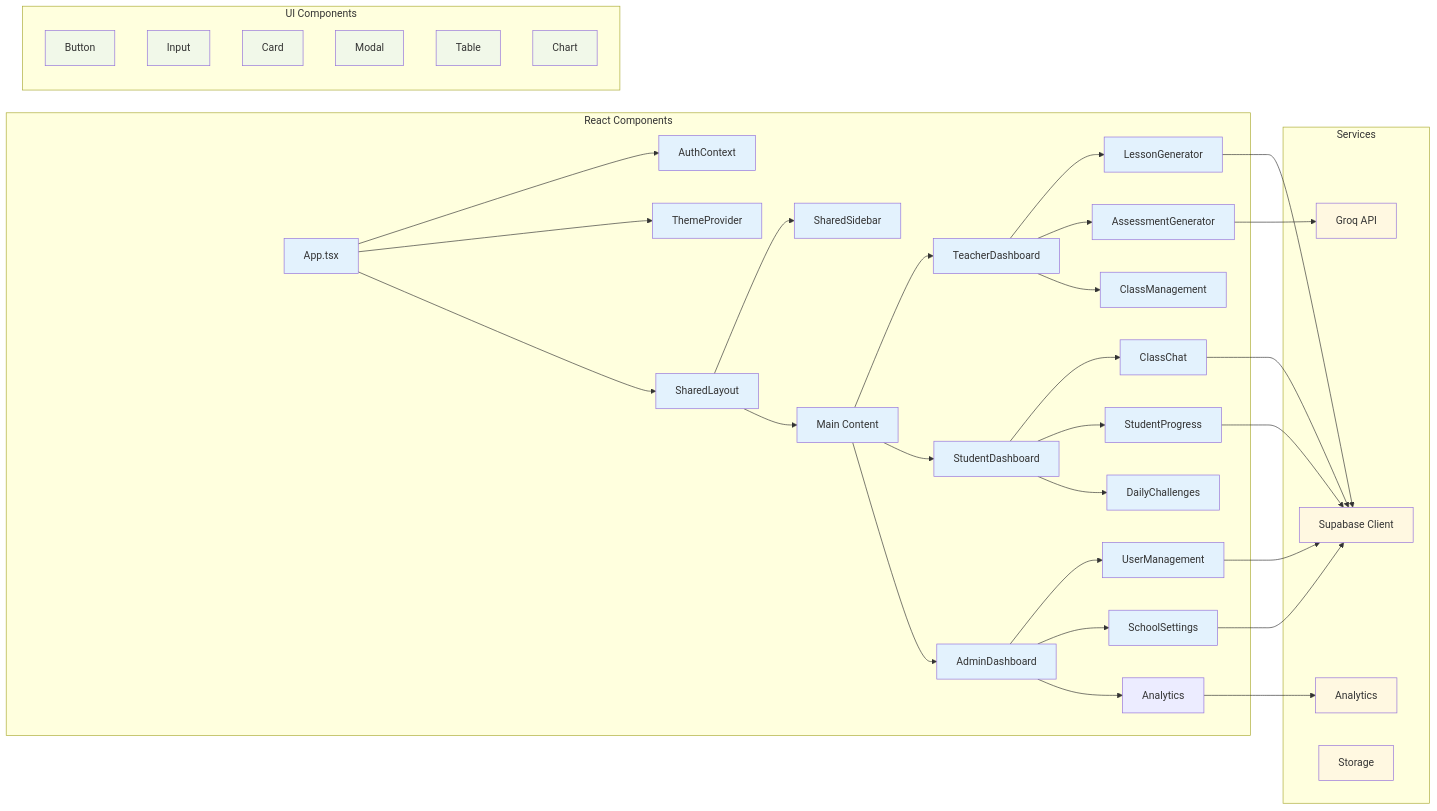
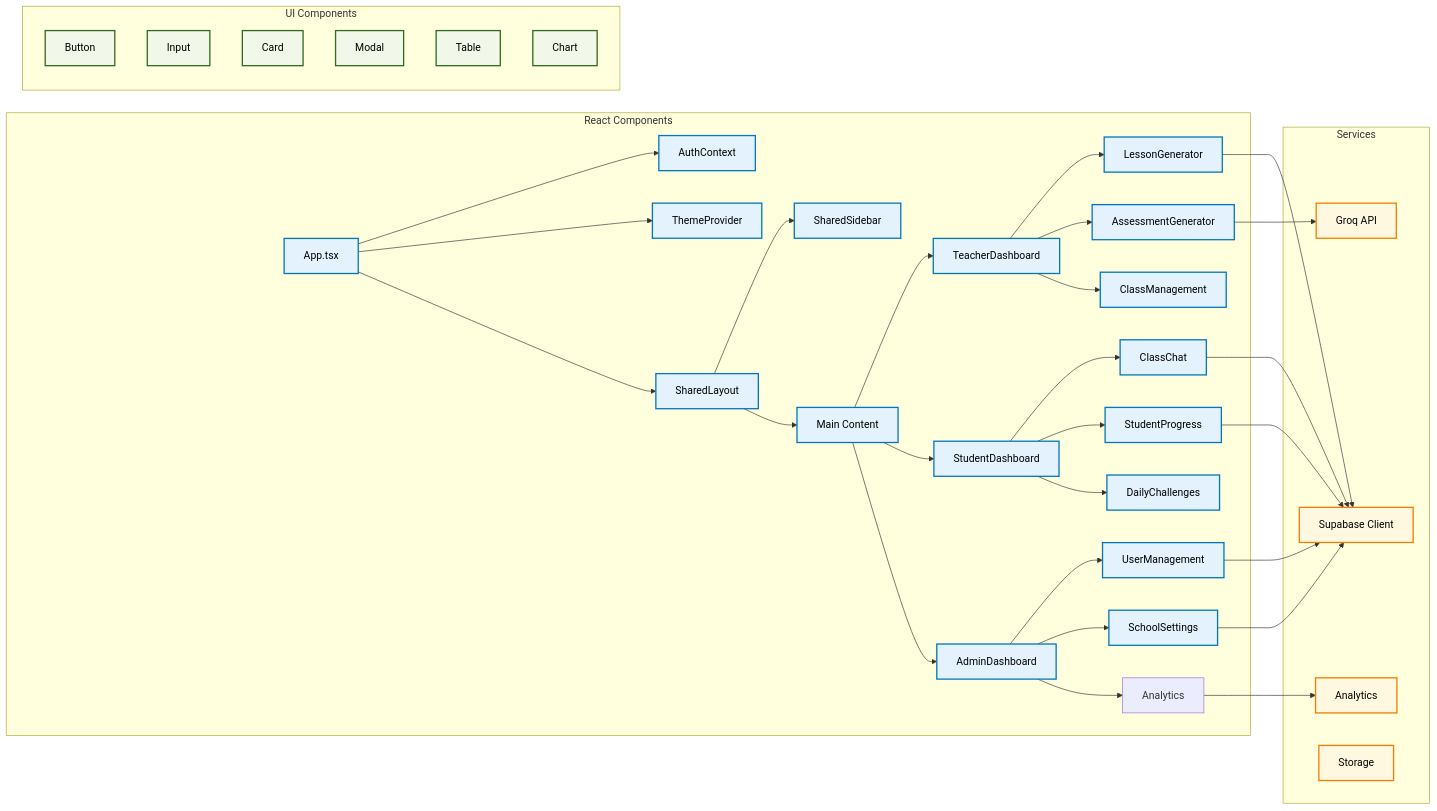
One commit to Timiolowo/Tisham changed the third of 5 diagrams in README.md. Above: the diagram before and after it, drawn with Mermaid. The commit also changed other lines of this file, not shown here.

````diff
--- a/README.md
+++ b/README.md
@@ -345,59 +345,59 @@
 ```mermaid
 graph LR
     subgraph React["React Components"]
         A[App.tsx] --> B[AuthContext]
         A --> C[ThemeProvider]
         A --> D[SharedLayout]
         
         D --> E[SharedSidebar]
         D --> F[Main Content]
         
         F --> G[TeacherDashboard]
         F --> H[StudentDashboard]
         F --> I[AdminDashboard]
         
         G --> J[LessonGenerator]
         G --> K[AssessmentGenerator]
         G --> L[ClassManagement]
         
         H --> M[ClassChat]
         H --> N[StudentProgress]
         H --> O[DailyChallenges]
         
         I --> P[UserManagement]
         I --> Q[SchoolSettings]
         I --> R[Analytics]
     end
     
     subgraph UI["UI Components"]
         S[Button]
         T[Input]
         U[Card]
         V[Modal]
         W[Table]
         X[Chart]
     end
     
     subgraph Services["Services"]
         Y[Supabase Client]
         Z[Groq API]
         AA[Analytics]
         BB[Storage]
     end
     
     J --> Y
     K --> Z
     M --> Y
     N --> Y
     P --> Y
     Q --> Y
     R --> AA
     
-    classDef component fill:#e3f2fd
-    classDef ui fill:#f1f8e9
-    classDef service fill:#fff8e1
+    classDef component fill:#e3f2fd,stroke:#0277bd,stroke-width:2px,color:#000
+    classDef ui fill:#f1f8e9,stroke:#33691e,stroke-width:2px,color:#000
+    classDef service fill:#fff8e1,stroke:#f57c00,stroke-width:2px,color:#000
     
     class A,B,C,D,E,F,G,H,I,J,K,L,M,N,O,P,Q component
     class S,T,U,V,W,X ui
     class Y,Z,AA,BB service
 ```
````
